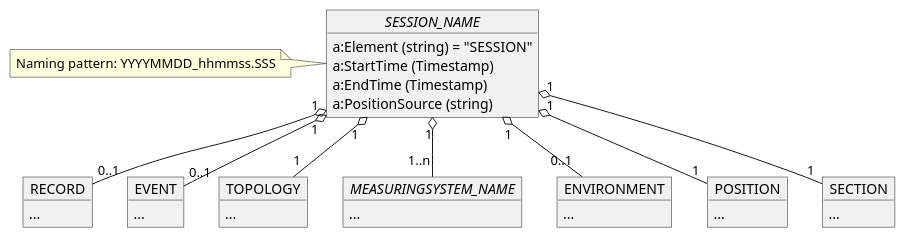
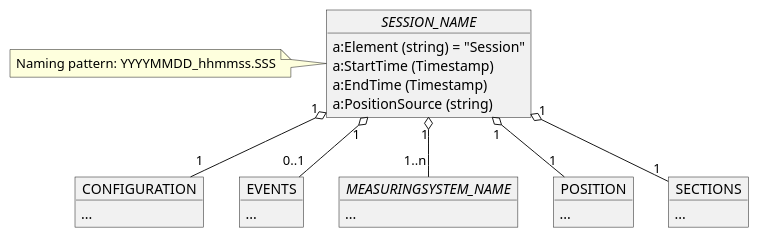
The fifth of 13 diagrams in images/rcm-dx-images.puml (OpenRailAssociation/rcm-dx), drawn with PlantUML before and after one commit. The commit also changed other lines of this file and 17 other files, not shown here.

```diff
--- a/images/rcm-dx-images.puml
+++ b/images/rcm-dx-images.puml
@@ -145,45 +127,35 @@
 @startuml rcmdx_session_group
 
   object "//SESSION_NAME//" as session_name {
-    a:Element (string) = "SESSION"
+    a:Element (string) = "Session"
     a:StartTime (Timestamp)
     a:EndTime (Timestamp)
     a:PositionSource (string)
   } 
   note left: Naming pattern: YYYYMMDD_hhmmss.SSS
 
-  object RECORD {
+  object "CONFIGURATION" as session_config {
     ...
   }
-  session_name "1" o-- "0..1" RECORD
+  session_name "1" o-- "1" session_config
 
-  object EVENT {
+  object EVENTS {
     ...
   }
-  session_name "1" o-- "0..1" EVENT
-
-  object TOPOLOGY {
-    ...
-  }
-  session_name "1" o-- "1" TOPOLOGY
+  session_name "1" o-- "0..1" EVENTS
 
   object "//MEASURINGSYSTEM_NAME//" as MEASURINGSYSTEM {
     ...
   }
   session_name "1" o-- "1..n" MEASURINGSYSTEM
 
-  object ENVIRONMENT {
-    ...
-  }
-  session_name "1" o-- "0..1" ENVIRONMENT
-
   object POSITION {
     ...
   }
   session_name "1" o-- "1" POSITION
 
-  object SECTION {
+  object SECTIONS {
     ...
   }
-  session_name "1" o-- "1" SECTION
+  session_name "1" o-- "1" SECTIONS
 @enduml
```
